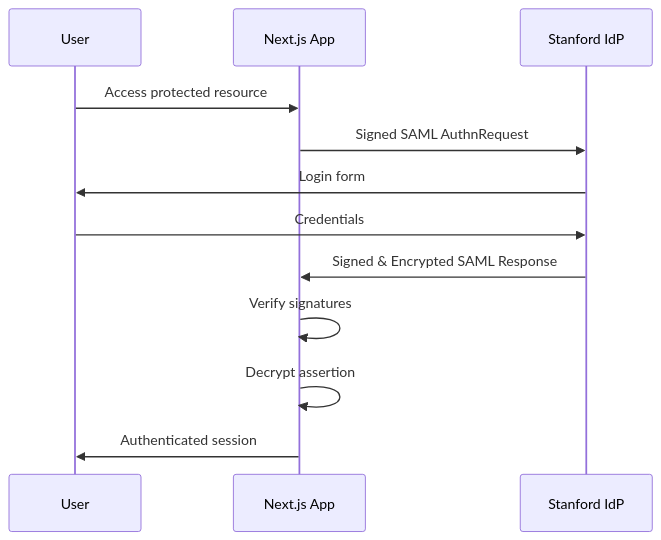
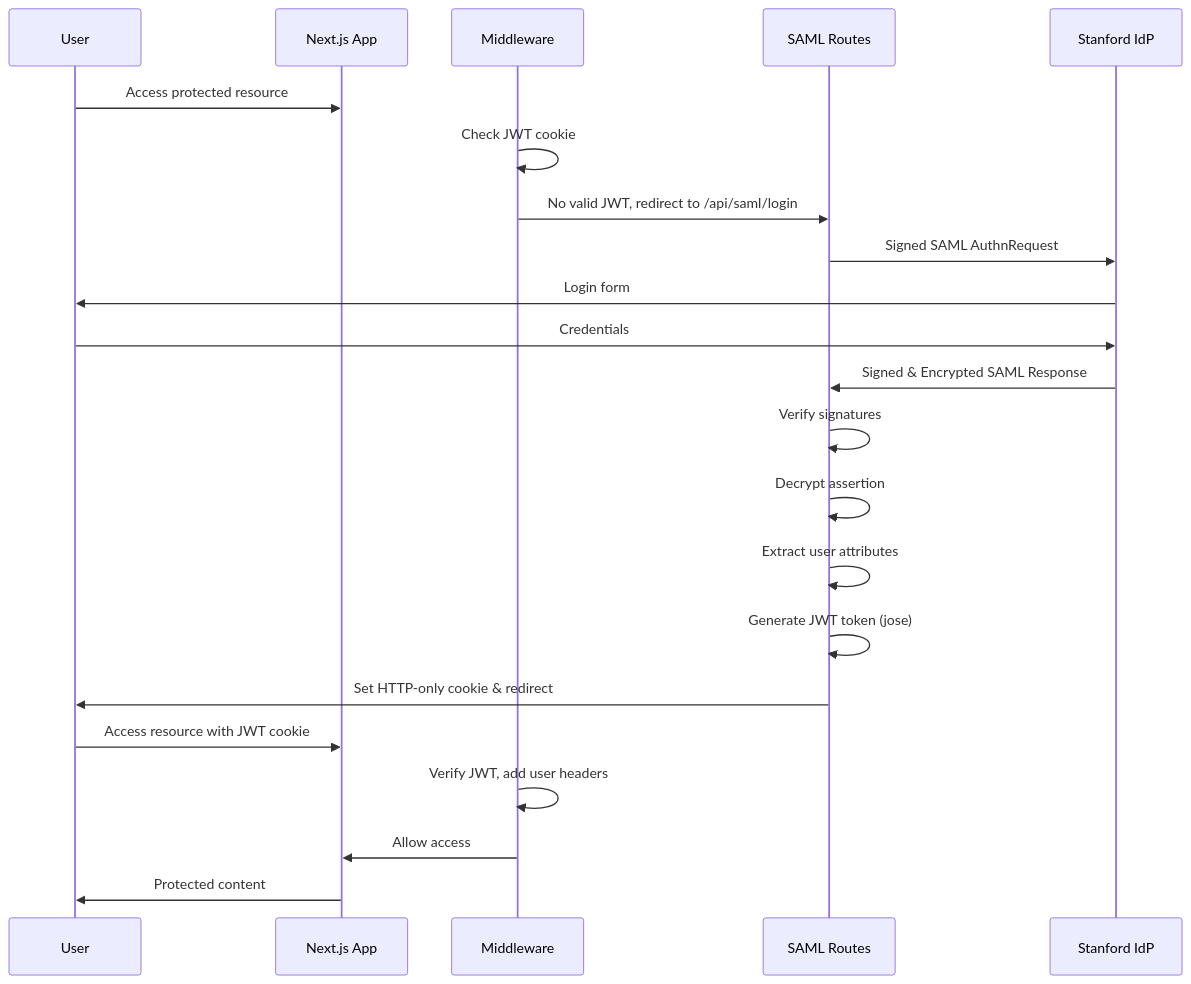
The diagram in docs/SAML.md (SU-SWS/churro), drawn with Mermaid before and after one commit. The commit also changed other lines of this file, not shown here.

````diff
--- a/docs/SAML.md
+++ b/docs/SAML.md
@@ -18,15 +19,25 @@
 ```mermaid
 sequenceDiagram
     participant User
     participant App as Next.js App
+    participant Middleware as Middleware
+    participant SAML as SAML Routes
     participant Stanford as Stanford IdP
 
     User->>App: Access protected resource
-    App->>Stanford: Signed SAML AuthnRequest
+    Middleware->>Middleware: Check JWT cookie
+    Middleware->>SAML: No valid JWT, redirect to /api/saml/login
+    SAML->>Stanford: Signed SAML AuthnRequest
     Stanford->>User: Login form
     User->>Stanford: Credentials
-    Stanford->>App: Signed & Encrypted SAML Response
-    App->>App: Verify signatures
-    App->>App: Decrypt assertion
-    App->>User: Authenticated session
+    Stanford->>SAML: Signed & Encrypted SAML Response
+    SAML->>SAML: Verify signatures
+    SAML->>SAML: Decrypt assertion
+    SAML->>SAML: Extract user attributes
+    SAML->>SAML: Generate JWT token (jose)
+    SAML->>User: Set HTTP-only cookie & redirect
+    User->>App: Access resource with JWT cookie
+    Middleware->>Middleware: Verify JWT, add user headers
+    Middleware->>App: Allow access
+    App->>User: Protected content
 ```
````
